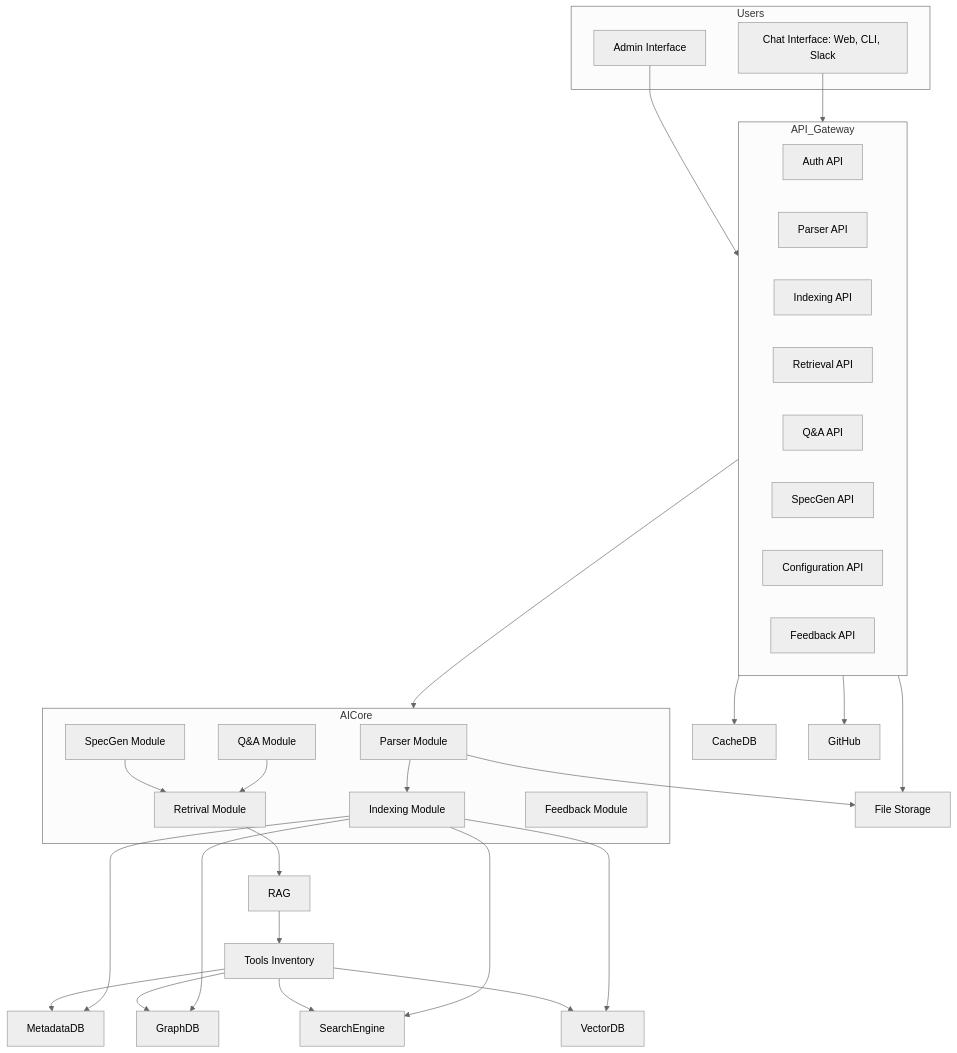
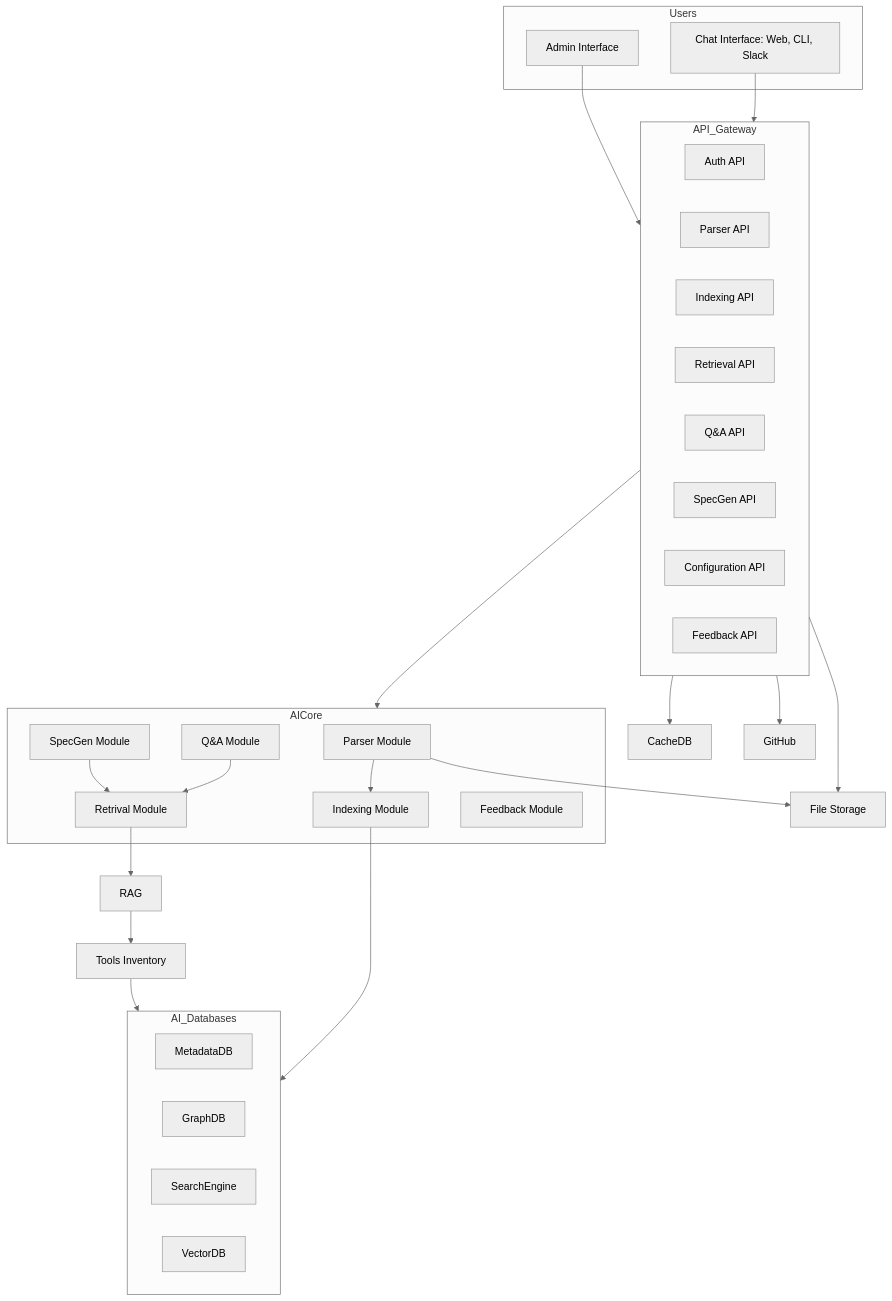
One commit to anhttmle/anhttmle.github.io changed the second of 2 diagrams in _draft/C2B/[Deprecated] C4-Design.md. Above: the diagram before and after it, drawn with Mermaid (neutral theme).

Commit message:
Update [Deprecated] C4-Design.md

````diff
--- a/_draft/C2B/[Deprecated] C4-Design.md
+++ b/_draft/C2B/[Deprecated] C4-Design.md
@@ -126,56 +126,57 @@
 ```mermaid
 flowchart TD
     subgraph Users
         ChatUI[Chat Interface: Web, CLI, Slack]
         AdminUI[Admin Interface]
     end
 
     ChatUI --> API_Gateway[API Gateway]
     AdminUI --> API_Gateway
 
     subgraph API_Gateway
         AuthAPI[Auth API]
         ParserAPI[Parser API]
         IndexingAPI[Indexing API]
         RetrievalAPI[Retrieval API]
         QAAPI[Q&A API]
         SpecGenAPI[SpecGen API]
         ConfigAPI[Configuration API]
         FeedbackAPI[Feedback API]
     end
 
     subgraph AICore
         Parser[Parser Module]
         Indexing[Indexing Module]
         Retrieval[Retrival Module]
         Q&A[Q&A Module]
         SpecGen[SpecGen Module]
         Feedback[Feedback Module]
     end
 
+    subgraph AI_Databases
+        MetadataDB
+        GraphDB
+        SearchEngine
+        VectorDB
+    end
+
     API_Gateway --> FileStorage[File Storage]
     API_Gateway --> CacheDB
     API_Gateway --> GitHub
     API_Gateway --> AICore
 
     Parser --> Indexing
     Parser --> FileStorage
     
-    Indexing --> MetadataDB
-    Indexing --> GraphDB
-    Indexing --> SearchEngine
-    Indexing --> VectorDB
+    Indexing --> AI_Databases
 
     Retrieval --> RAG
     RAG --> Tools[Tools Inventory]
 
-    Tools --> MetadataDB
-    Tools --> GraphDB
-    Tools --> SearchEngine
-    Tools --> VectorDB
+    Tools --> AI_Databases
     
     Q&A --> Retrieval
     SpecGen --> Retrieval
 
 
 ```
````
